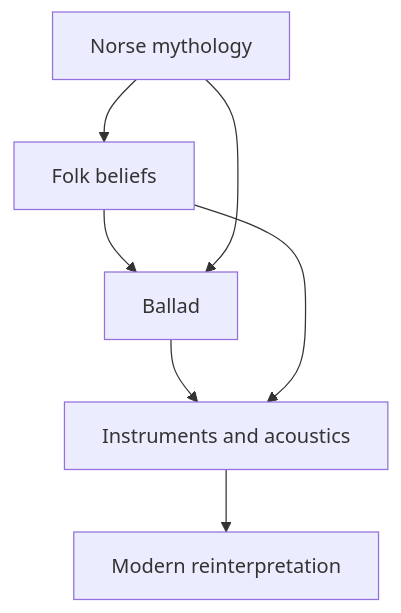
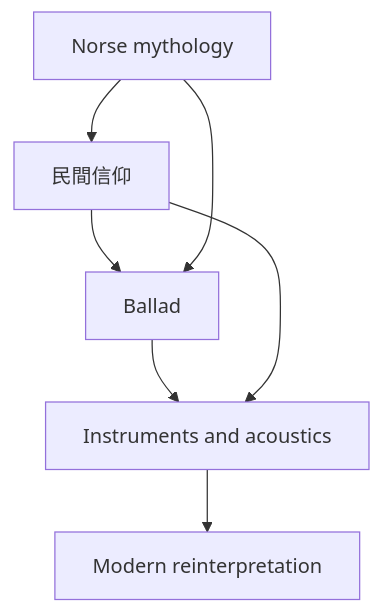
The first of 2 diagrams in en/_posts/2026-01-31-column-nordic-folk.md (monumental-movement/monumental-movement.github.io), drawn with Mermaid before and after one commit. The commit also changed other lines of this file and 1012 other files, not shown here.

```diff
--- a/en/_posts/2026-01-31-column-nordic-folk.md
+++ b/en/_posts/2026-01-31-column-nordic-folk.md
@@ -128,9 +127,9 @@
 <div class="mermaid">
 graph TD
-A["Norse mythology"] --> B["Folk beliefs"]
+A["Norse mythology"] --> B["民間信仰"]
 B --> C["Ballad"]
 C --> D["Instruments and acoustics"]
 D --> E["Modern reinterpretation"]
 A --> C
 B --> D
 </div>
```
